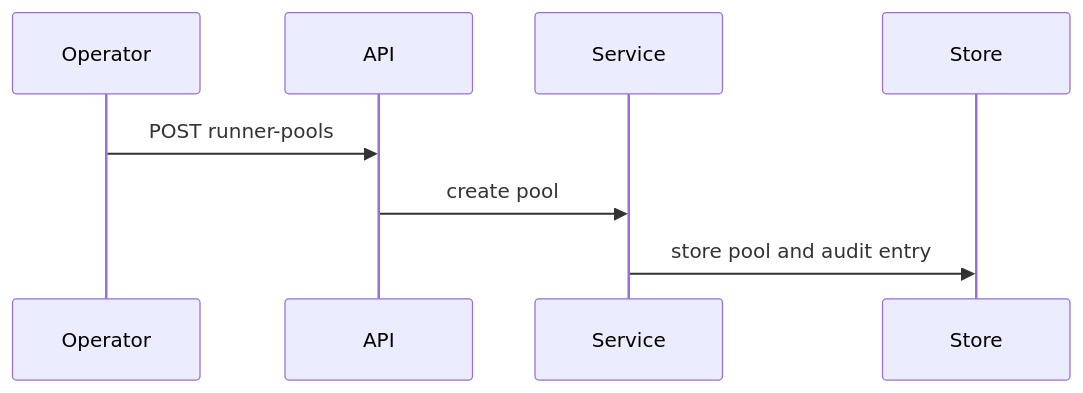
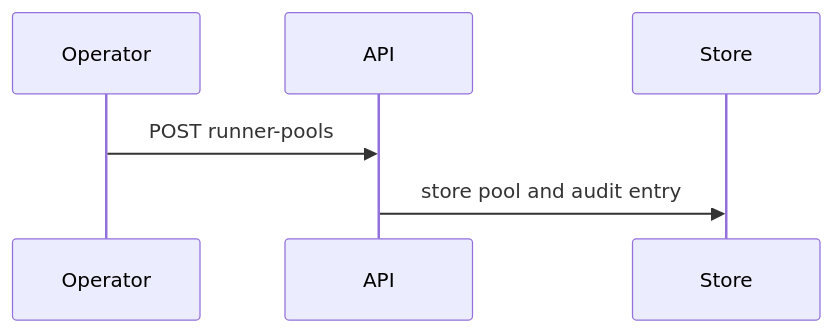
The first of 3 diagrams in openspec/changes/add-e2e-step-runs-real-runner-pool-route-move/design.md (OpenDustpan/OpenDustpan), drawn with Mermaid before and after one commit. The commit also changed other lines of this file and 1 other file, not shown here.

First line of the commit message:
openspec: align the pool route move tasks with the code on main

````diff
--- a/openspec/changes/add-e2e-step-runs-real-runner-pool-route-move/design.md
+++ b/openspec/changes/add-e2e-step-runs-real-runner-pool-route-move/design.md
@@ -31,10 +31,8 @@
 ```mermaid
 sequenceDiagram
 participant O as Operator
 participant A as API
-participant S as Service
 participant D as Store
 O->>A: POST runner-pools
-A->>S: create pool
-S->>D: store pool and audit entry
+A->>D: store pool and audit entry
 ```
````
